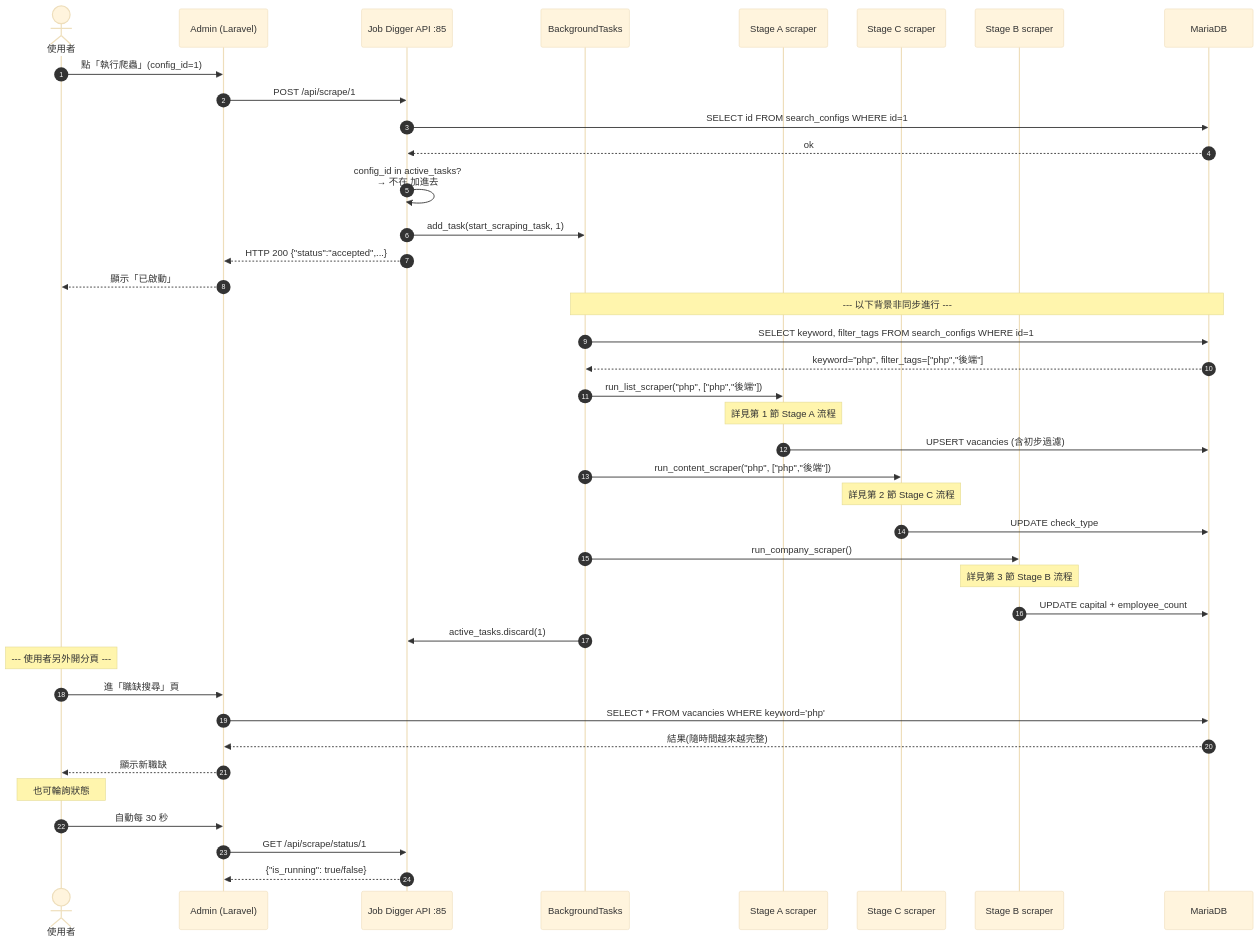
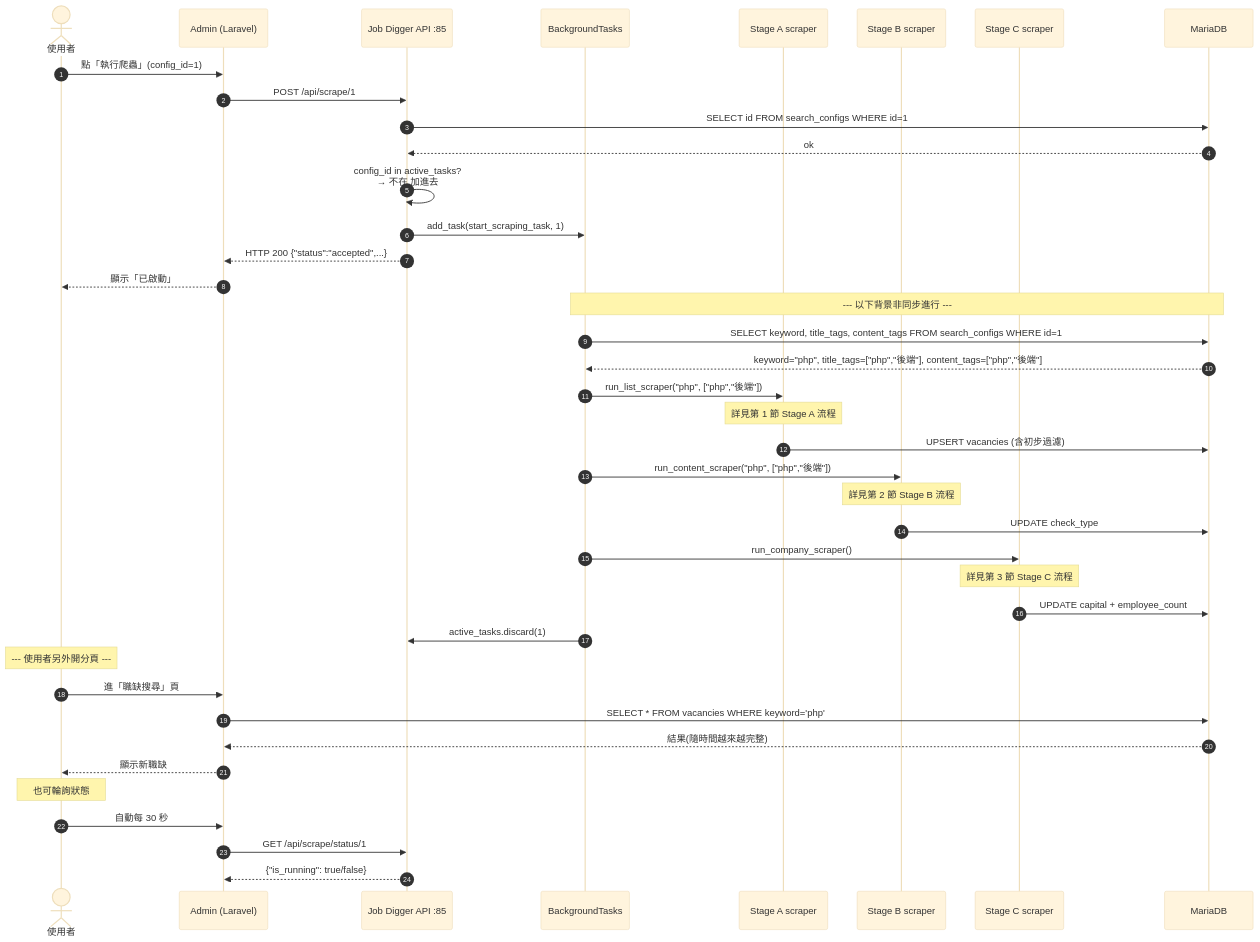
Before and after one commit to jacky0996/job_digger: the fourth of 5 diagrams in docs/sequence-diagrams.md, drawn with Mermaid (base theme). The commit also changed other lines of this file and 16 other files, not shown here.

````diff
--- a/docs/sequence-diagrams.md
+++ b/docs/sequence-diagrams.md
@@ -162,51 +162,51 @@
 ```mermaid
 sequenceDiagram
     autonumber
     actor U as 使用者
     participant Adm as Admin (Laravel)
     participant API as Job Digger API :85
     participant Bg as BackgroundTasks
     participant SA as Stage A scraper
+    participant SB as Stage B scraper
     participant SC as Stage C scraper
-    participant SB as Stage B scraper
     participant DB as MariaDB
 
     U->>Adm: 點「執行爬蟲」(config_id=1)
     Adm->>API: POST /api/scrape/1
     API->>DB: SELECT id FROM search_configs WHERE id=1
     DB-->>API: ok
     API->>API: config_id in active_tasks?<br/>→ 不在,加進去
     API->>Bg: add_task(start_scraping_task, 1)
     API-->>Adm: HTTP 200 {"status":"accepted",...}
     Adm-->>U: 顯示「已啟動」
 
     Note over Bg,DB: --- 以下背景非同步進行 ---
 
-    Bg->>DB: SELECT keyword, filter_tags FROM search_configs WHERE id=1
-    DB-->>Bg: keyword="php", filter_tags=["php","後端"]
+    Bg->>DB: SELECT keyword, title_tags, content_tags FROM search_configs WHERE id=1
+    DB-->>Bg: keyword="php", title_tags=["php","後端"], content_tags=["php","後端"]
 
     Bg->>SA: run_list_scraper("php", ["php","後端"])
     Note over SA: 詳見第 1 節 Stage A 流程
     SA->>DB: UPSERT vacancies (含初步過濾)
 
-    Bg->>SC: run_content_scraper("php", ["php","後端"])
-    Note over SC: 詳見第 2 節 Stage C 流程
-    SC->>DB: UPDATE check_type
+    Bg->>SB: run_content_scraper("php", ["php","後端"])
+    Note over SB: 詳見第 2 節 Stage B 流程
+    SB->>DB: UPDATE check_type
 
-    Bg->>SB: run_company_scraper()
-    Note over SB: 詳見第 3 節 Stage B 流程
-    SB->>DB: UPDATE capital + employee_count
+    Bg->>SC: run_company_scraper()
+    Note over SC: 詳見第 3 節 Stage C 流程
+    SC->>DB: UPDATE capital + employee_count
 
     Bg->>API: active_tasks.discard(1)
 
     Note over U: --- 使用者另外開分頁 ---
     U->>Adm: 進「職缺搜尋」頁
     Adm->>DB: SELECT * FROM vacancies WHERE keyword='php'
     DB-->>Adm: 結果(隨時間越來越完整)
     Adm-->>U: 顯示新職缺
 
     Note over U: 也可輪詢狀態
     U->>Adm: 自動每 30 秒
     Adm->>API: GET /api/scrape/status/1
     API-->>Adm: {"is_running": true/false}
 ```
````
